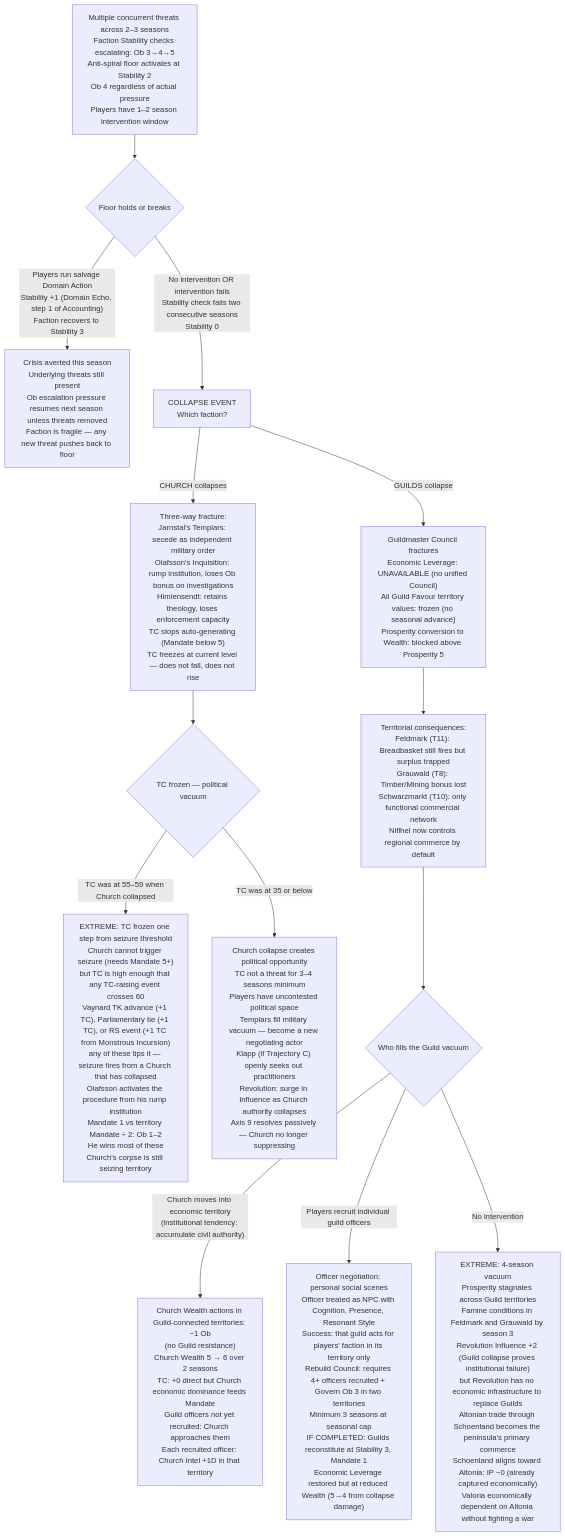
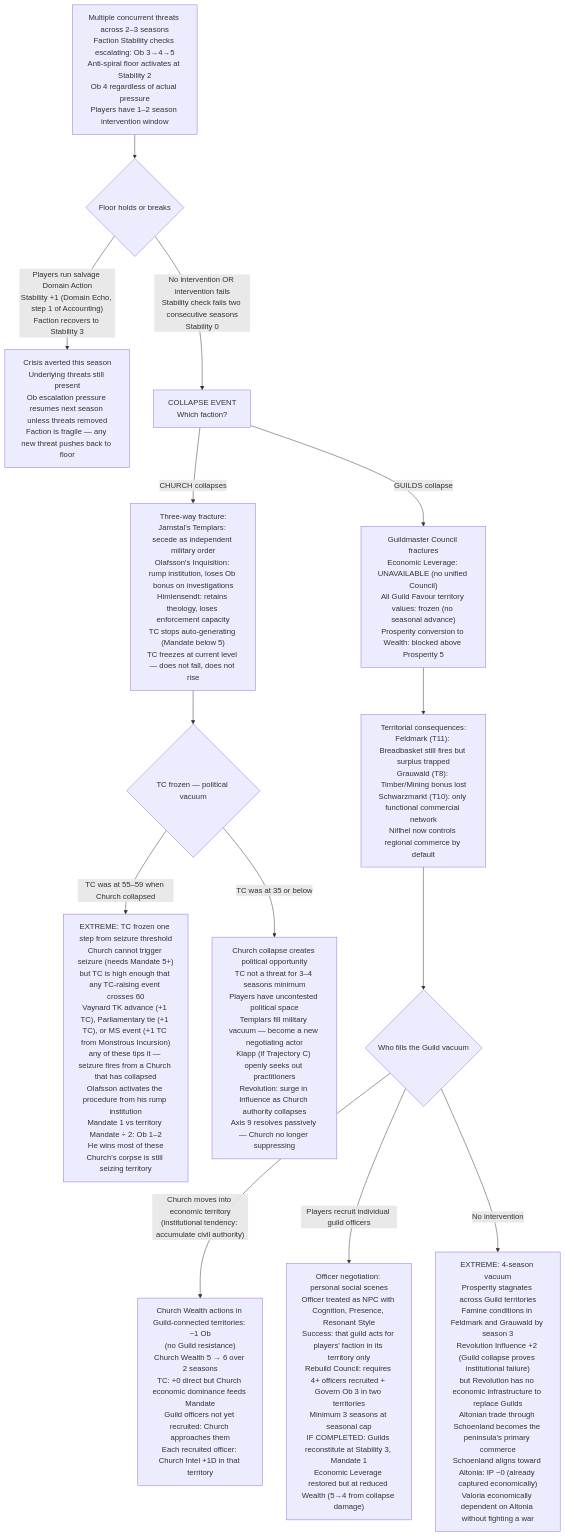
Before and after one commit to jordanelias/ttrpg: the first of 4 diagrams in designs/arcs/arcs_24_27.md, drawn with Mermaid. The commit also changed other lines of this file and 40 other files, not shown here.

````diff
--- a/designs/arcs/arcs_24_27.md
+++ b/designs/arcs/arcs_24_27.md
@@ -57,18 +57,18 @@
 ```mermaid
 flowchart TD
     A["Multiple concurrent threats across 2–3 seasons\nFaction Stability checks escalating: Ob 3→4→5\nAnti-spiral floor activates at Stability 2\nOb 4 regardless of actual pressure\nPlayers have 1–2 season intervention window"] --> B{Floor holds or breaks}
     B -->|"Players run salvage Domain Action\nStability +1 (Domain Echo, step 1 of Accounting)\nFaction recovers to Stability 3"| C["Crisis averted this season\nUnderlying threats still present\nOb escalation pressure resumes next season unless threats removed\nFaction is fragile — any new threat pushes back to floor"]
     B -->|"No intervention OR intervention fails\nStability check fails two consecutive seasons\nStability 0"| D["COLLAPSE EVENT\nWhich faction?"]
     
     D -->|"CHURCH collapses"| E["Three-way fracture:\nJarnstal's Templars: secede as independent military order\nOlafsson's Inquisition: rump institution, loses Ob bonus on investigations\nHimlensendt: retains theology, loses enforcement capacity\nTC stops auto-generating (Mandate below 5)\nTC freezes at current level — does not fall, does not rise"]
     E --> F{TC frozen — political vacuum}
-    F -->|"TC was at 55–59 when Church collapsed"| G["EXTREME: TC frozen one step from seizure threshold\nChurch cannot trigger seizure (needs Mandate 5+)\nbut TC is high enough that any TC-raising event crosses 60\nVaynard TK advance (+1 TC), Parliamentary tie (+1 TC), or RS event (+1 TC from Monstrous Incursion)\nany of these tips it — seizure fires from a Church that has collapsed\nOlafsson activates the procedure from his rump institution\nMandate 1 vs territory Mandate ÷ 2: Ob 1–2\nHe wins most of these\nChurch's corpse is still seizing territory"]
+    F -->|"TC was at 55–59 when Church collapsed"| G["EXTREME: TC frozen one step from seizure threshold\nChurch cannot trigger seizure (needs Mandate 5+)\nbut TC is high enough that any TC-raising event crosses 60\nVaynard TK advance (+1 TC), Parliamentary tie (+1 TC), or MS event (+1 TC from Monstrous Incursion)\nany of these tips it — seizure fires from a Church that has collapsed\nOlafsson activates the procedure from his rump institution\nMandate 1 vs territory Mandate ÷ 2: Ob 1–2\nHe wins most of these\nChurch's corpse is still seizing territory"]
     F -->|"TC was at 35 or below"| H["Church collapse creates political opportunity\nTC not a threat for 3–4 seasons minimum\nPlayers have uncontested political space\nTemplars fill military vacuum — become a new negotiating actor\nKlapp (if Trajectory C) openly seeks out practitioners\nRevolution: surge in Influence as Church authority collapses\nAxis 9 resolves passively — Church no longer suppressing"]
     
     D -->|"GUILDS collapse"| I["Guildmaster Council fractures\nEconomic Leverage: UNAVAILABLE (no unified Council)\nAll Guild Favour territory values: frozen (no seasonal advance)\nProsperity conversion to Wealth: blocked above Prosperity 5"]
     I --> J["Territorial consequences:\nFeldmark (T11): Breadbasket still fires but surplus trapped\nGrauwald (T8): Timber/Mining bonus lost\nSchwarzmarkt (T10): only functional commercial network\nNiflhel now controls regional commerce by default"]
     J --> K{Who fills the Guild vacuum}
     K -->|"Church moves into economic territory\n(institutional tendency: accumulate civil authority)"| L["Church Wealth actions in Guild-connected territories: −1 Ob\n(no Guild resistance)\nChurch Wealth 5 → 6 over 2 seasons\nTC: +0 direct but Church economic dominance feeds Mandate\nGuild officers not yet recruited: Church approaches them\nEach recruited officer: Church Intel +1D in that territory"]
     K -->|"Players recruit individual guild officers"| M["Officer negotiation: personal social scenes\nOfficer treated as NPC with Cognition, Presence, Resonant Style\nSuccess: that guild acts for players' faction in its territory only\nRebuild Council: requires 4+ officers recruited + Govern Ob 3 in two territories\nMinimum 3 seasons at seasonal cap\nIF COMPLETED: Guilds reconstitute at Stability 3, Mandate 1\nEconomic Leverage restored but at reduced Wealth (5→4 from collapse damage)"]
     K -->|"No intervention"| N["EXTREME: 4-season vacuum\nProsperity stagnates across Guild territories\nFamine conditions in Feldmark and Grauwald by season 3\nRevolution Influence +2 (Guild collapse proves institutional failure)\nbut Revolution has no economic infrastructure to replace Guilds\nAltonian trade through Schoenland becomes the peninsula's primary commerce\nSchoenland aligns toward Altonia: IP −0 (already captured economically)\nValoria economically dependent on Altonia without fighting a war"]
 ```
````
